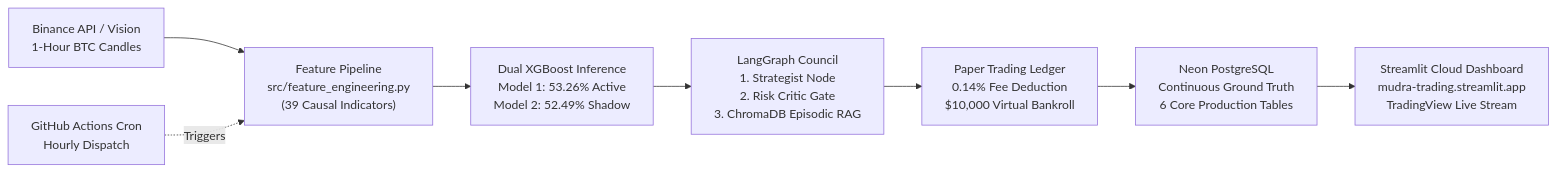
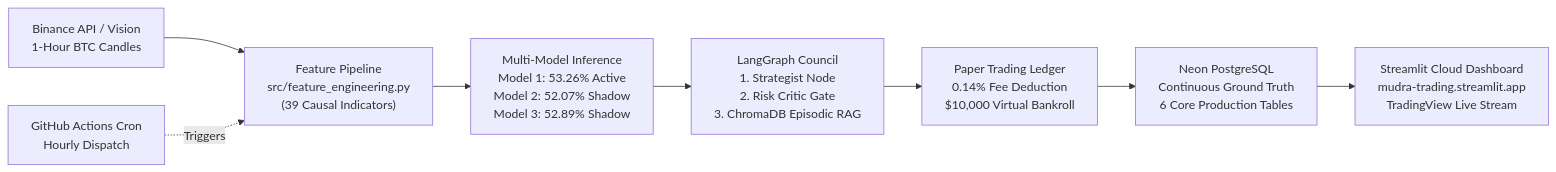
The diagram in README.md (MohitSingh-2335/Mudra), drawn with Mermaid before and after one commit. The commit also changed other lines of this file, not shown here.

Commit message:
updated model accuracies and architecture diagram in readme

````diff
--- a/README.md
+++ b/README.md
@@ -128,11 +128,11 @@
 ```mermaid
 flowchart LR
     A["Binance API / Vision\n1-Hour BTC Candles"] --> B["Feature Pipeline\nsrc/feature_engineering.py\n(39 Causal Indicators)"]
-    B --> C["Dual XGBoost Inference\nModel 1: 53.26% Active\nModel 2: 52.49% Shadow"]
+    B --> C["Multi-Model Inference\nModel 1: 53.26% Active\nModel 2: 52.07% Shadow\nModel 3: 52.89% Shadow"]
     C --> D["LangGraph Council\n1. Strategist Node\n2. Risk Critic Gate\n3. ChromaDB Episodic RAG"]
     D --> E["Paper Trading Ledger\n0.14% Fee Deduction\n$10,000 Virtual Bankroll"]
     E --> F["Neon PostgreSQL\nContinuous Ground Truth\n6 Core Production Tables"]
     F --> G["Streamlit Cloud Dashboard\nmudra-trading.streamlit.app\nTradingView Live Stream"]
     
     H["GitHub Actions Cron\nHourly Dispatch"] -. Triggers .-> B
 ```
````
